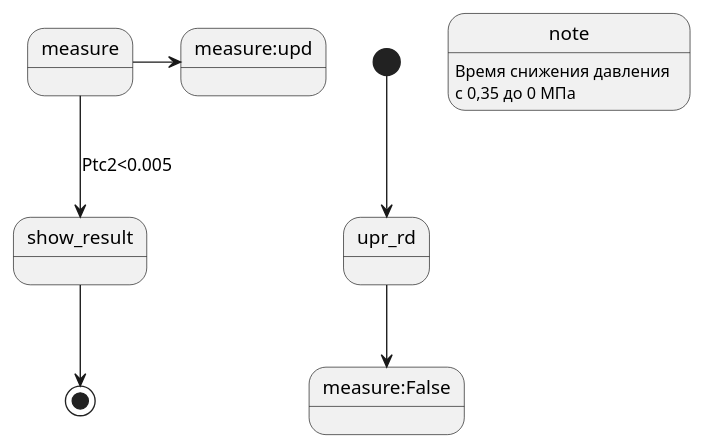
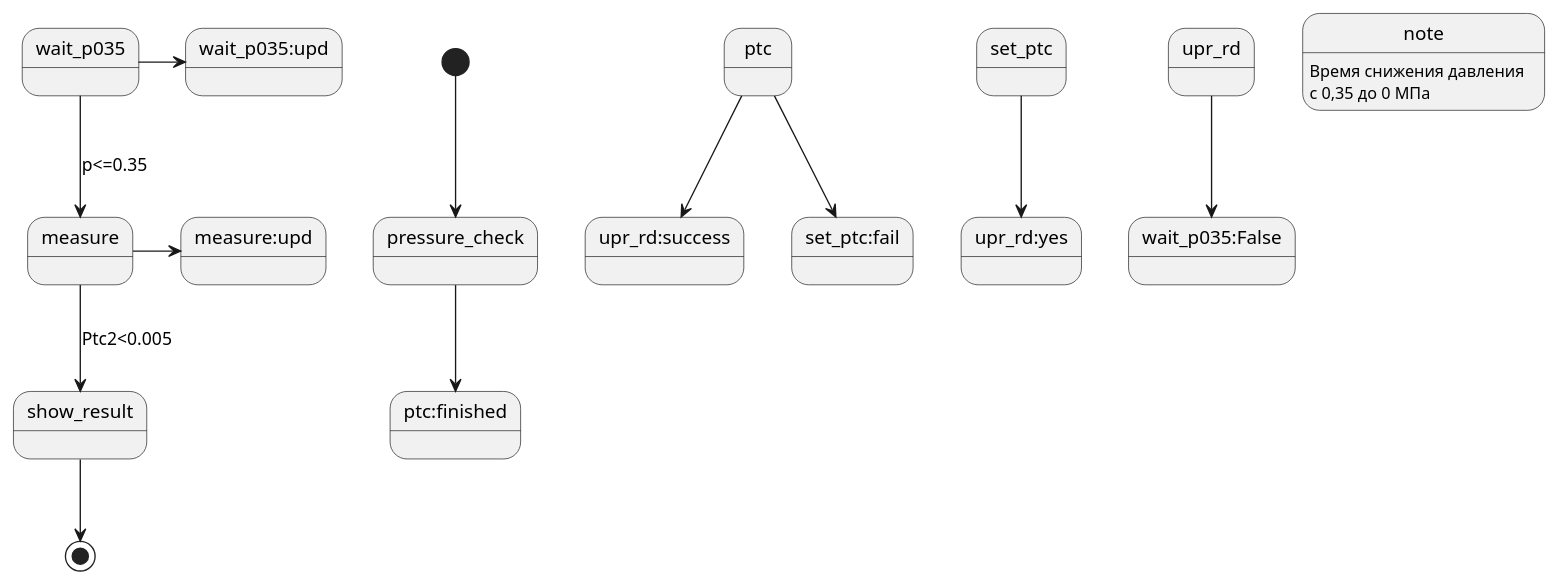
One commit to Alser69rus/A3135 changed the diagram in uml/rd042/empty.puml. Above: the diagram before and after it, drawn with PlantUML. The commit also changed 5 other files, not shown here.

```diff
--- a/uml/rd042/empty.puml
+++ b/uml/rd042/empty.puml
@@ -1,10 +1,16 @@
 @startuml
-[*]-->upr_rd
-upr_rd-->measure:False
+[*]-->pressure_check
+pressure_check-->ptc:finished
+ptc-->upr_rd:success
+ptc-->set_ptc:fail
+set_ptc-->upr_rd:yes
+upr_rd-->wait_p035:False
+wait_p035-->measure:p<=0.35
+wait_p035->wait_p035:upd
 measure->measure:upd
 measure-->show_result:Ptc2<0.005
 show_result-->[*]
 note:Время снижения давления
 note:с 0,35 до 0 МПа
 
 @enduml
```
